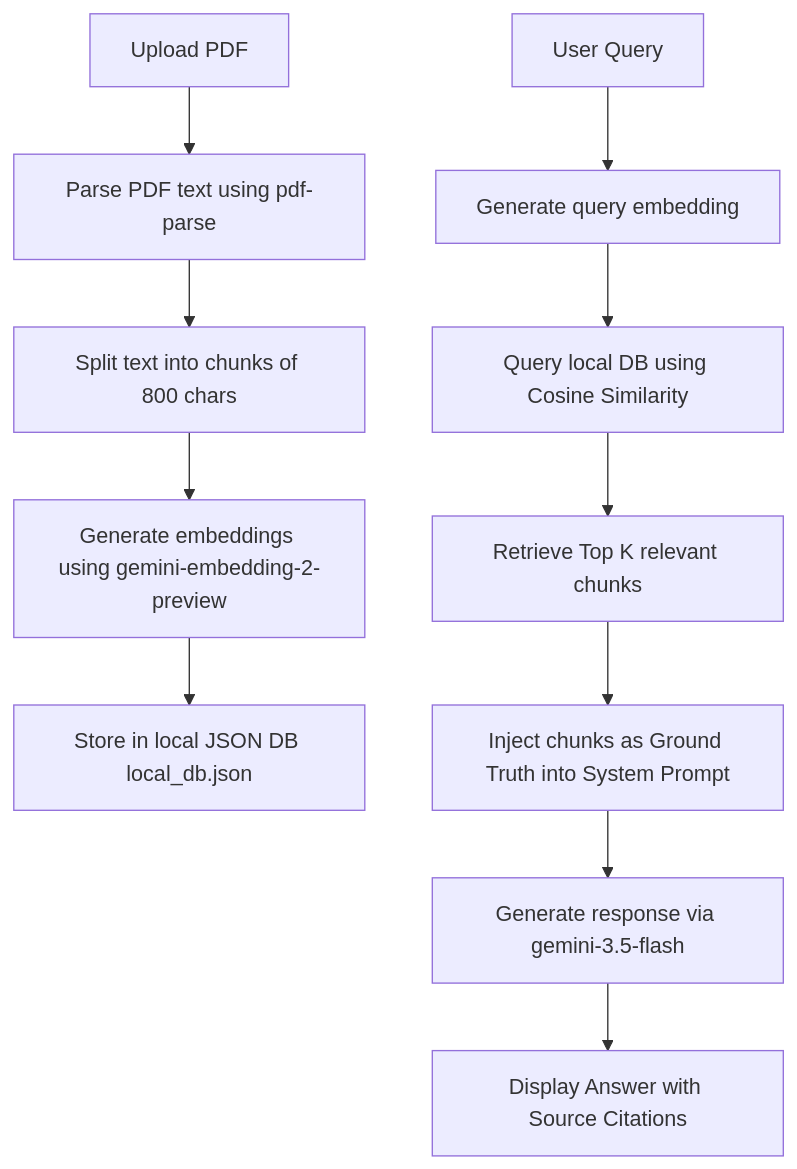
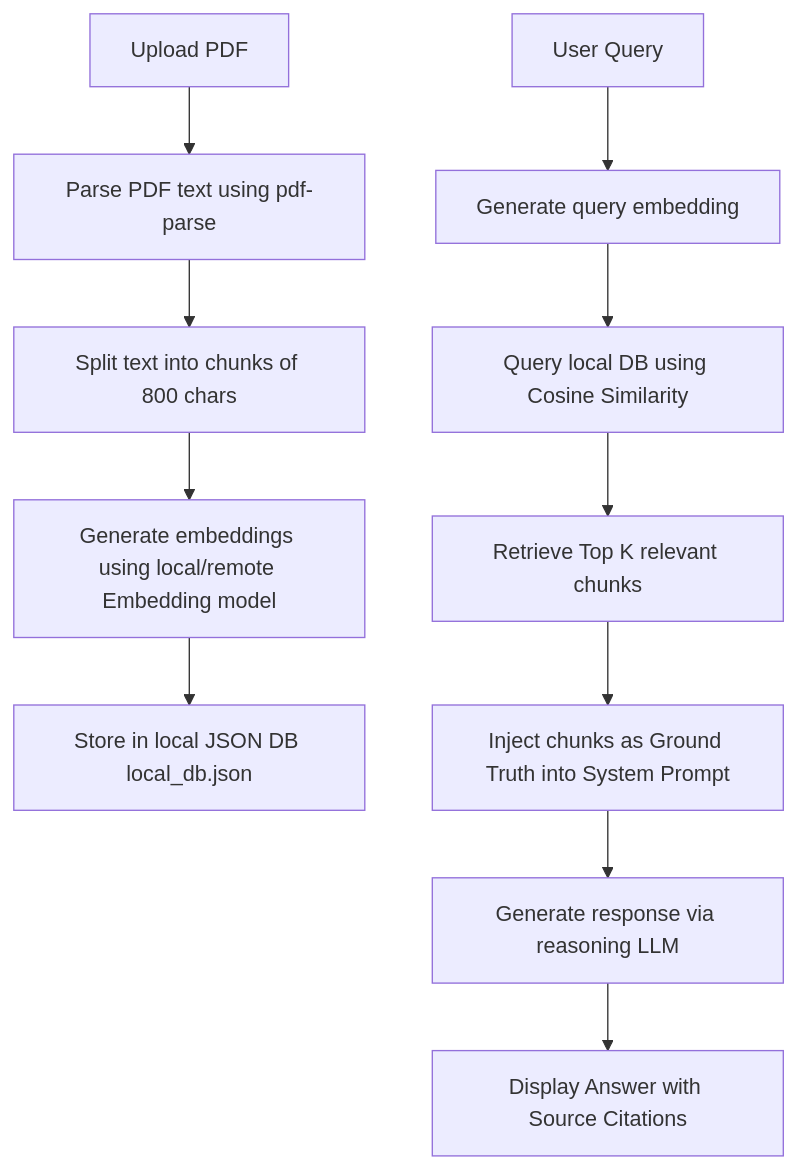
The diagram in README.md (monkeysoul-cmd/pdf-scholar), drawn with Mermaid before and after one commit. The commit also changed other lines of this file and 5 other files, not shown here.

````diff
--- a/README.md
+++ b/README.md
@@ -80,14 +80,14 @@
 ```mermaid
 graph TD
     A[Upload PDF] --> B[Parse PDF text using pdf-parse]
     B --> C[Split text into chunks of 800 chars]
-    C --> D[Generate embeddings using gemini-embedding-2-preview]
+    C --> D[Generate embeddings using local/remote Embedding model]
     D --> E[Store in local JSON DB local_db.json]
     
     F[User Query] --> G[Generate query embedding]
     G --> H[Query local DB using Cosine Similarity]
     H --> I[Retrieve Top K relevant chunks]
     I --> J[Inject chunks as Ground Truth into System Prompt]
-    J --> K[Generate response via gemini-3.5-flash]
+    J --> K[Generate response via reasoning LLM]
     K --> L[Display Answer with Source Citations]
 ```
````
